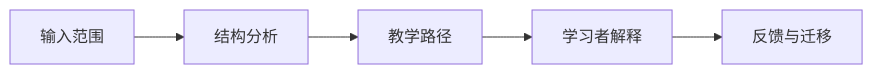
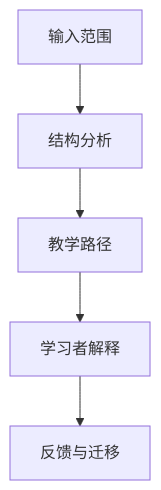
Before and after one commit to Vico304/whetstone-ai: the first of 2 diagrams in plugin/skills/learn/assets/outline-template.md, drawn with Mermaid. The commit also changed 8 other files, not shown here.

````diff
--- a/plugin/skills/learn/assets/outline-template.md
+++ b/plugin/skills/learn/assets/outline-template.md
@@ -21,12 +21,12 @@
 ```mermaid
-flowchart LR
+flowchart TD
     M1["输入范围"]
     M2["结构分析"]
     M3["教学路径"]
     M4["学习者解释"]
     M5["反馈与迁移"]
     M1 --> M2
     M2 --> M3
     M3 --> M4
     M4 --> M5
 ```
````
